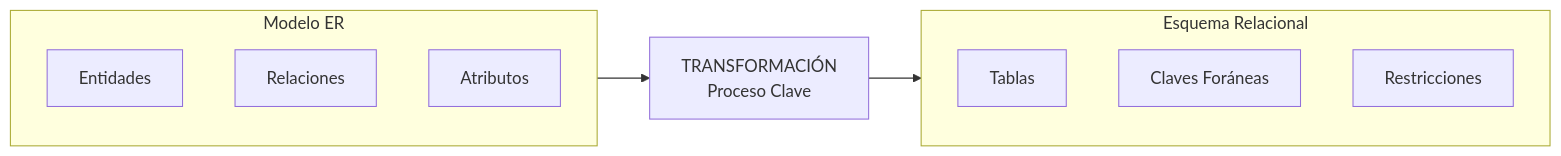
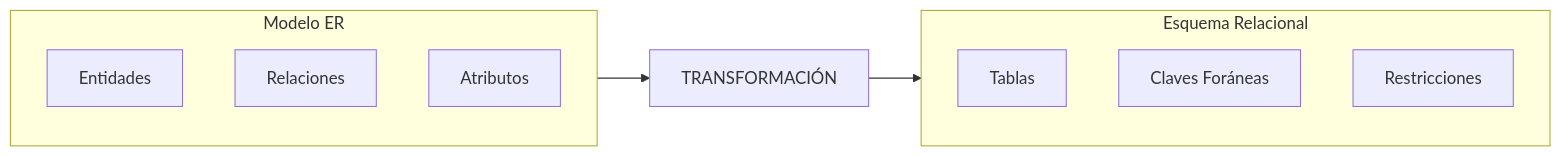
One commit to WalterJiron/Learn_DB changed the first of 5 diagrams in modulo-01_Modelado/clase-02_Trasformation/README.md. Above: the diagram before and after it, drawn with Mermaid. The commit also changed other lines of this file and 13 other files, not shown here.

````diff
--- a/modulo-01_Modelado/clase-02_Trasformation/README.md
+++ b/modulo-01_Modelado/clase-02_Trasformation/README.md
@@ -30,17 +32,18 @@
 ```mermaid
 flowchart LR
-    A[Mundo Conceptual<br>Lo que entendemos] --> B[TRANSFORMACIÓN<br>Proceso Clave]
-    B --> C[Mundo Lógico<br>Lo que implementaremos]
-
     subgraph A [Modelo ER]
         D[Entidades]
         E[Relaciones]
         F[Atributos]
     end
 
+    A --> B[TRANSFORMACIÓN]
+
     subgraph C [Esquema Relacional]
         G[Tablas]
         H[Claves Foráneas]
         I[Restricciones]
     end
+
+    B --> C
 ```
````
